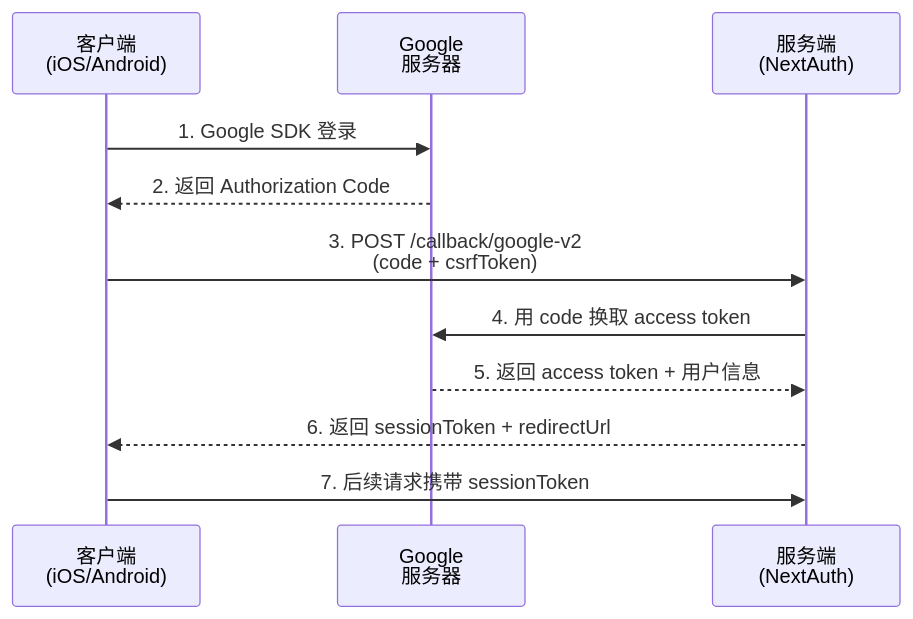
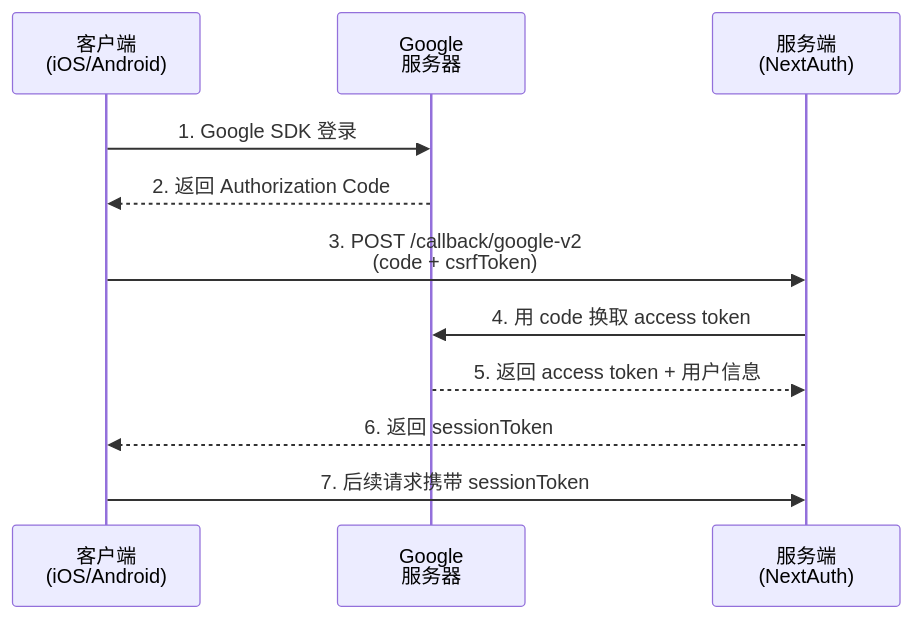
The diagram in api/RESTful/auth-google-v2.md (RudolphHuang/openclaw_doc), drawn with Mermaid before and after one commit. The commit also changed other lines of this file, not shown here.

````diff
--- a/api/RESTful/auth-google-v2.md
+++ b/api/RESTful/auth-google-v2.md
@@ -7,16 +7,16 @@
 ```mermaid
 sequenceDiagram
     participant Client as 客户端<br/>(iOS/Android)
     participant Google as Google<br/>服务器
     participant Server as 服务端<br/>(NextAuth)
 
     Client->>Google: 1. Google SDK 登录
     Google-->>Client: 2. 返回 Authorization Code
     
     Client->>Server: 3. POST /callback/google-v2<br/>(code + csrfToken)
     Server->>Google: 4. 用 code 换取 access token
     Google-->>Server: 5. 返回 access token + 用户信息
-    Server-->>Client: 6. 返回 sessionToken + redirectUrl
+    Server-->>Client: 6. 返回 sessionToken
     
     Client->>Server: 7. 后续请求携带 sessionToken
 ```
````
